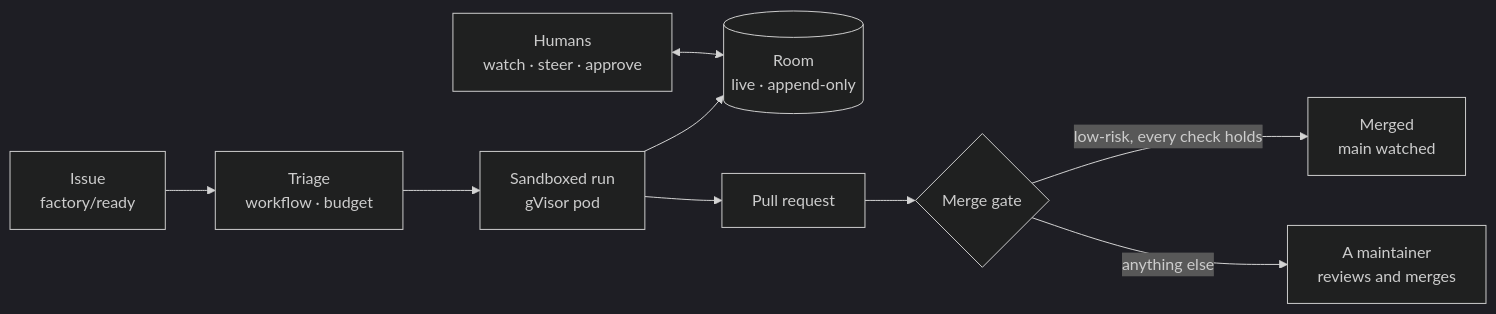
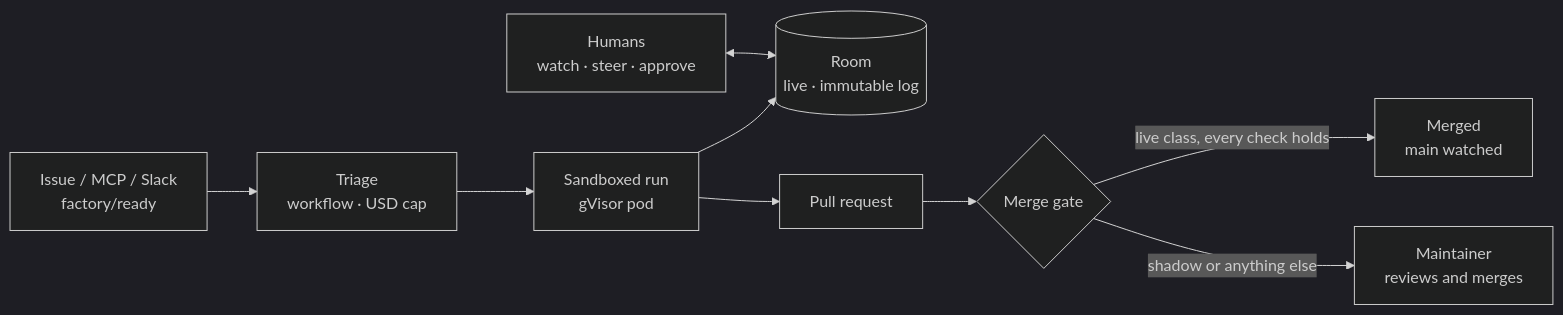
One commit to Smana/maku changed the diagram in README.md. Above: the diagram before and after it, drawn with Mermaid (dark theme). The commit also changed other lines of this file and 3 other files, not shown here.

````diff
--- a/README.md
+++ b/README.md
@@ -25,9 +73,9 @@
 ```mermaid
 flowchart LR
-  issue["Issue<br/>factory/ready"] --> triage["Triage<br/>workflow · budget"] --> run["Sandboxed run<br/>gVisor pod"]
-  run --> room[("Room<br/>live · append-only")]
+  issue["Issue / MCP / Slack<br/>factory/ready"] --> triage["Triage<br/>workflow · USD cap"] --> run["Sandboxed run<br/>gVisor pod"]
+  run --> room[("Room<br/>live · immutable log")]
   humans["Humans<br/>watch · steer · approve"] <--> room
   run --> pr["Pull request"] --> gate{"Merge gate"}
-  gate -->|"low-risk, every check holds"| merged["Merged<br/>main watched"]
-  gate -->|"anything else"| human["A maintainer<br/>reviews and merges"]
+  gate -->|"live class, every check holds"| merged["Merged<br/>main watched"]
+  gate -->|"shadow or anything else"| human["Maintainer<br/>reviews and merges"]
 ```
````
